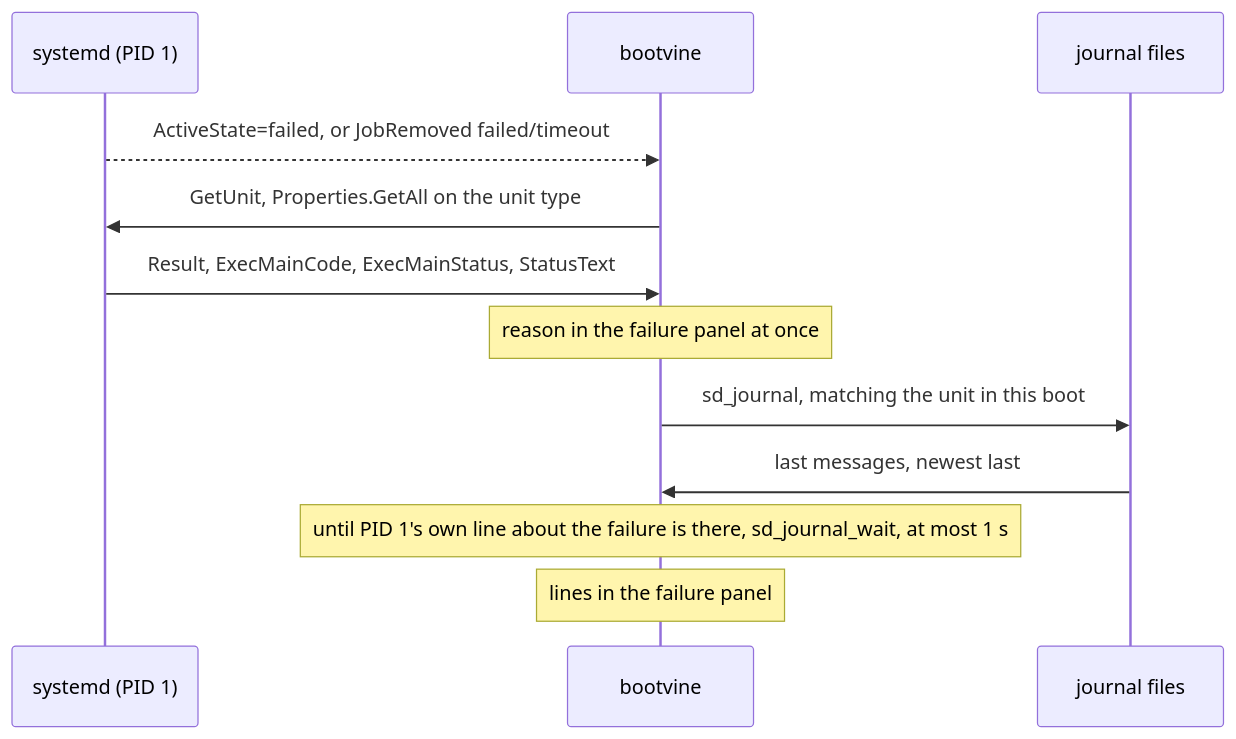
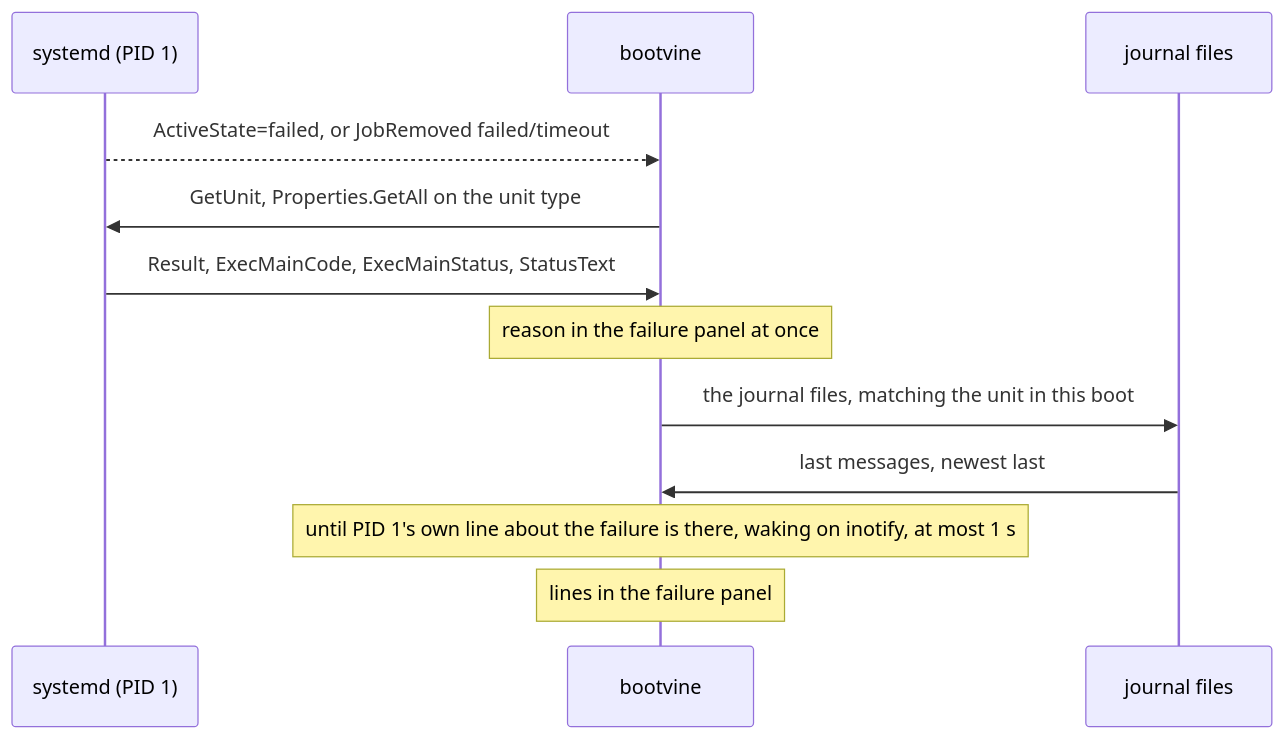
Before and after one commit to gentoo-zh-drafts/bootvine: the fifth of 6 diagrams in docs/architecture.md, drawn with Mermaid. The commit also changed other lines of this file and 10 other files, not shown here.

````diff
--- a/docs/architecture.md
+++ b/docs/architecture.md
@@ -166,15 +166,15 @@
 ```mermaid
 sequenceDiagram
     participant PID1 as systemd (PID 1)
     participant Bootvine as bootvine
     participant Journal as journal files
 
     PID1-->>Bootvine: ActiveState=failed, or JobRemoved failed/timeout
     Bootvine->>PID1: GetUnit, Properties.GetAll on the unit type
     PID1->>Bootvine: Result, ExecMainCode, ExecMainStatus, StatusText
     Note over Bootvine: reason in the failure panel at once
-    Bootvine->>Journal: sd_journal, matching the unit in this boot
+    Bootvine->>Journal: the journal files, matching the unit in this boot
     Journal->>Bootvine: last messages, newest last
-    Note over Bootvine: until PID 1's own line about the failure is there, sd_journal_wait, at most 1 s
+    Note over Bootvine: until PID 1's own line about the failure is there, waking on inotify, at most 1 s
     Note over Bootvine: lines in the failure panel
 ```
````
